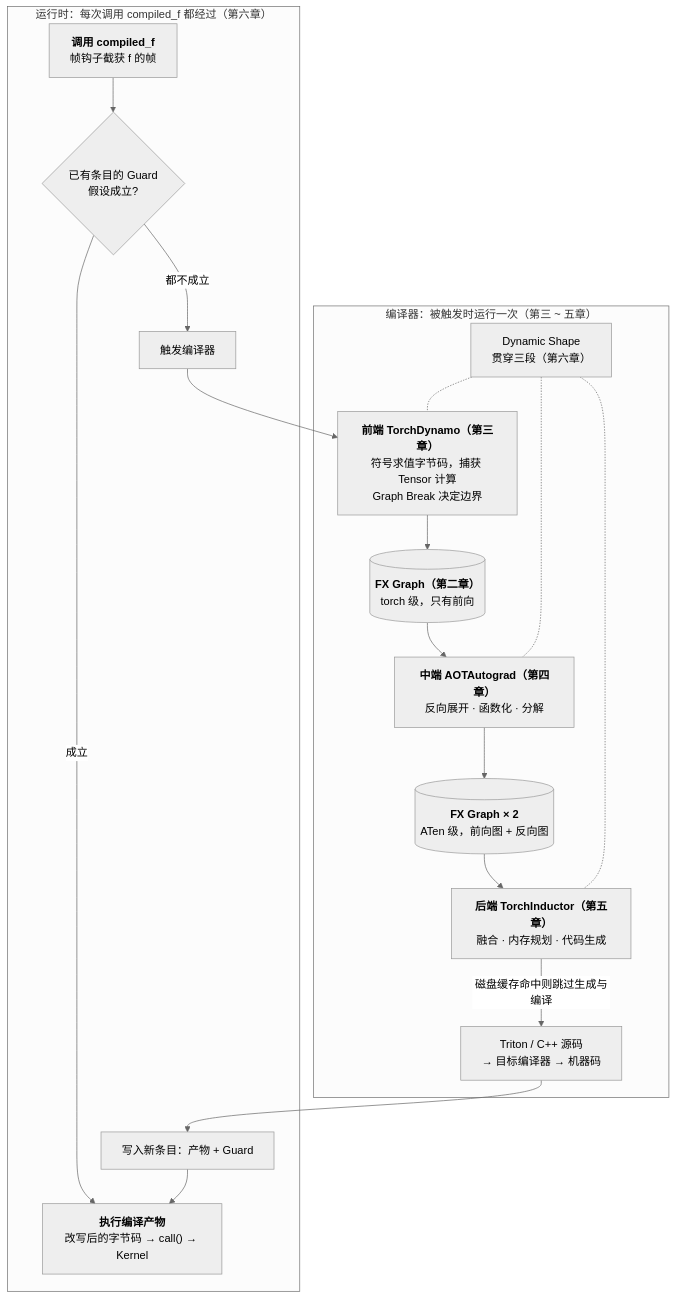
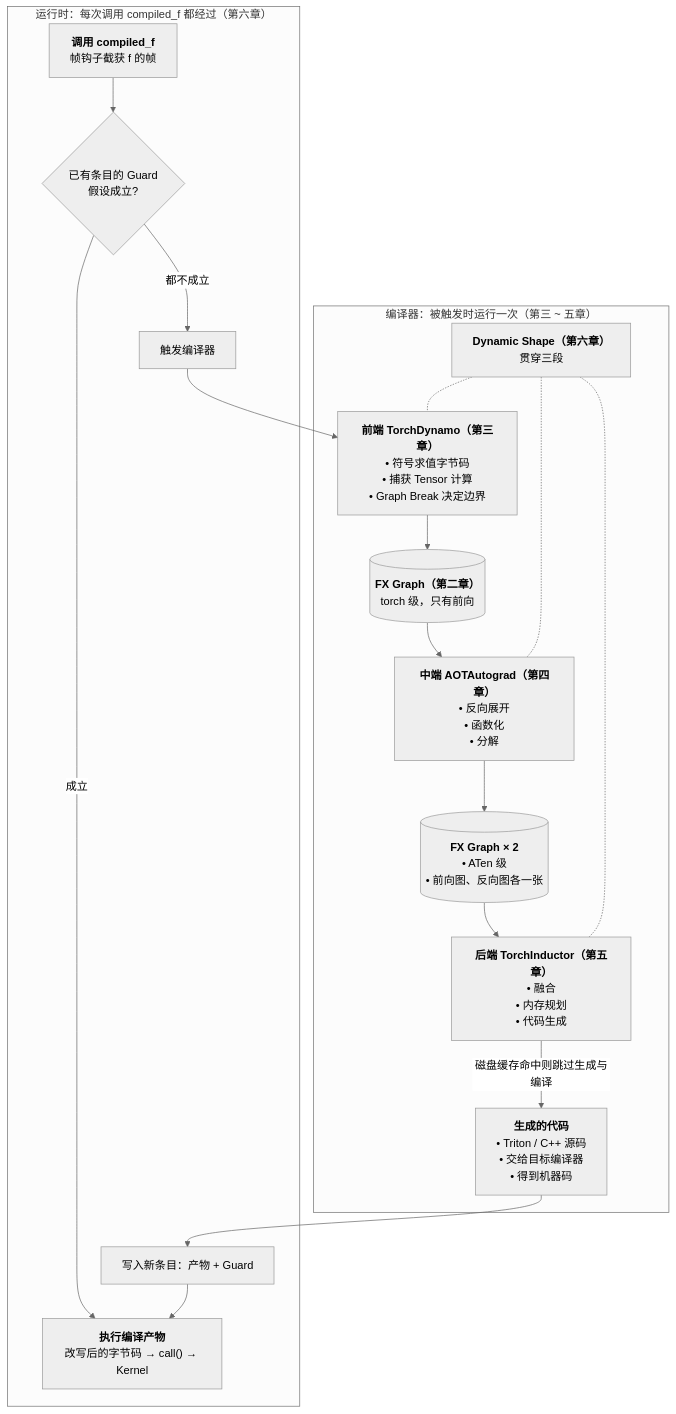
Before and after one commit to arganzheng/arganzheng.github.com: diagram 12 of 12 in _posts/2026-02-23-pytorch-compilation-and-graph-optimization.md, drawn with Mermaid (neutral theme). The commit also changed other lines of this file and 1 other file, not shown here.

First line of the commit message:
PyTorch 编译执行与图优化：5 张 Mermaid 图的方框改成「标题 + 无序列表」（Discussion #372）

````diff
--- a/_posts/2026-02-23-pytorch-compilation-and-graph-optimization.md
+++ b/_posts/2026-02-23-pytorch-compilation-and-graph-optimization.md
@@ -1428,31 +1431,31 @@
 ```mermaid
 %% 图：回看总览的两层图：运行时的 Guard 检查与编译器的三段流水线，每个节点现在都有了具体内容
 flowchart TB
     subgraph RT["运行时：每次调用 compiled_f 都经过（第六章）"]
         CALL["<b>调用 compiled_f</b><br/>帧钩子截获 f 的帧"]
         GD{"已有条目的 Guard<br/>假设成立?"}
         TRIG["触发编译器"]
         DONE["写入新条目：产物 + Guard"]
         RUN["<b>执行编译产物</b><br/>改写后的字节码 → call() → Kernel"]
         CALL --> GD
         GD -- "成立" --> RUN
         GD -- "都不成立" --> TRIG
         DONE --> RUN
     end
     subgraph CP["编译器：被触发时运行一次（第三 ~ 五章）"]
-        DY["<b>前端 TorchDynamo（第三章）</b><br/>符号求值字节码，捕获 Tensor 计算<br/>Graph Break 决定边界"]
+        DY["<b>前端 TorchDynamo（第三章）</b><br/>• 符号求值字节码<br/>• 捕获 Tensor 计算<br/>• Graph Break 决定边界"]
         FX1[("<b>FX Graph（第二章）</b><br/>torch 级，只有前向")]
-        AOT["<b>中端 AOTAutograd（第四章）</b><br/>反向展开 · 函数化 · 分解"]
-        FX2[("<b>FX Graph × 2</b><br/>ATen 级，前向图 + 反向图")]
-        IND["<b>后端 TorchInductor（第五章）</b><br/>融合 · 内存规划 · 代码生成"]
-        CODE["Triton / C++ 源码<br/>→ 目标编译器 → 机器码"]
-        DS["Dynamic Shape<br/>贯穿三段（第六章）"]
+        AOT["<b>中端 AOTAutograd（第四章）</b><br/>• 反向展开<br/>• 函数化<br/>• 分解"]
+        FX2[("<b>FX Graph × 2</b><br/>• ATen 级<br/>• 前向图、反向图各一张")]
+        IND["<b>后端 TorchInductor（第五章）</b><br/>• 融合<br/>• 内存规划<br/>• 代码生成"]
+        CODE["<b>生成的代码</b><br/>• Triton / C++ 源码<br/>• 交给目标编译器<br/>• 得到机器码"]
+        DS["<b>Dynamic Shape（第六章）</b><br/>贯穿三段"]
         DY --> FX1 --> AOT --> FX2 --> IND
         IND -- "磁盘缓存命中则跳过生成与编译" --> CODE
         DS -.- DY
         DS -.- AOT
         DS -.- IND
     end
     TRIG --> DY
     CODE --> DONE
 ```
````
